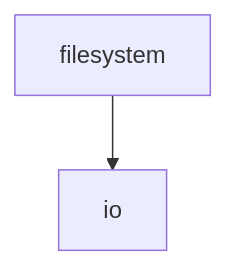
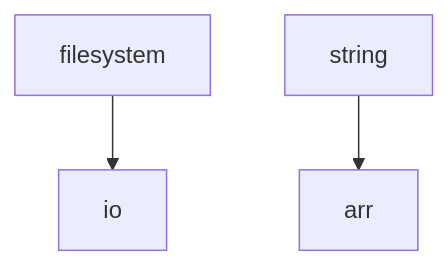
The diagram in README.md (mattriley/node-1up), drawn with Mermaid before and after one commit. The commit also changed other lines of this file and 2 other files, not shown here.

````diff
--- a/README.md
+++ b/README.md
@@ -20,4 +20,5 @@
 ```mermaid
 graph TD;
     filesystem-->io;
+    string-->arr;
 ```
````
